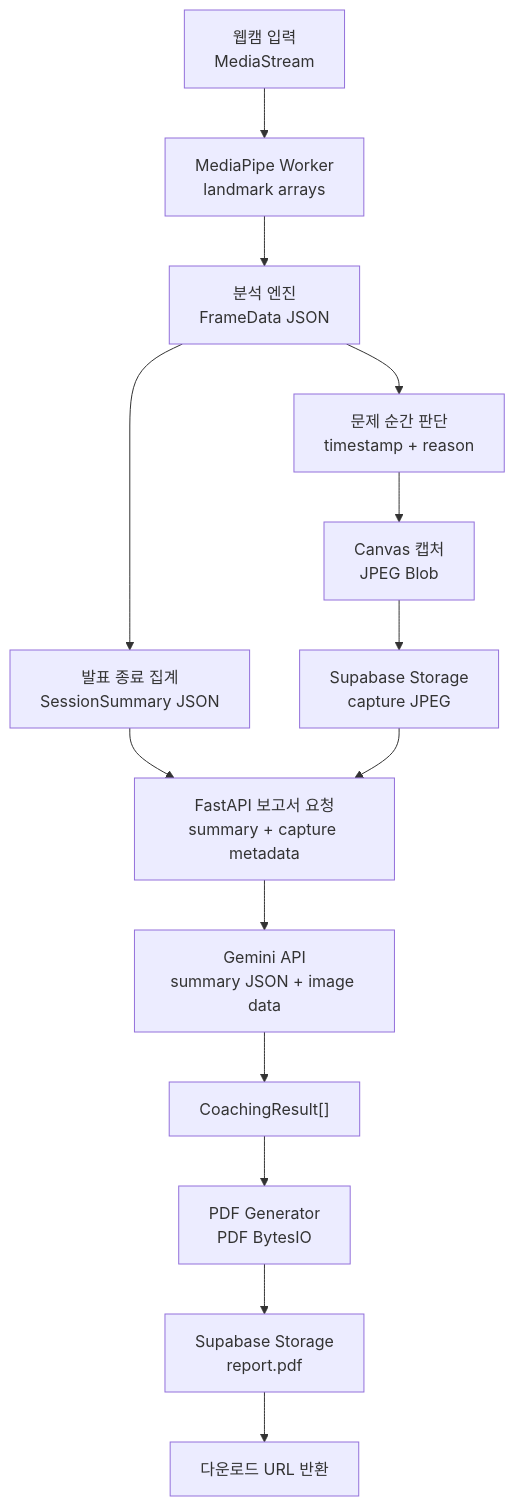
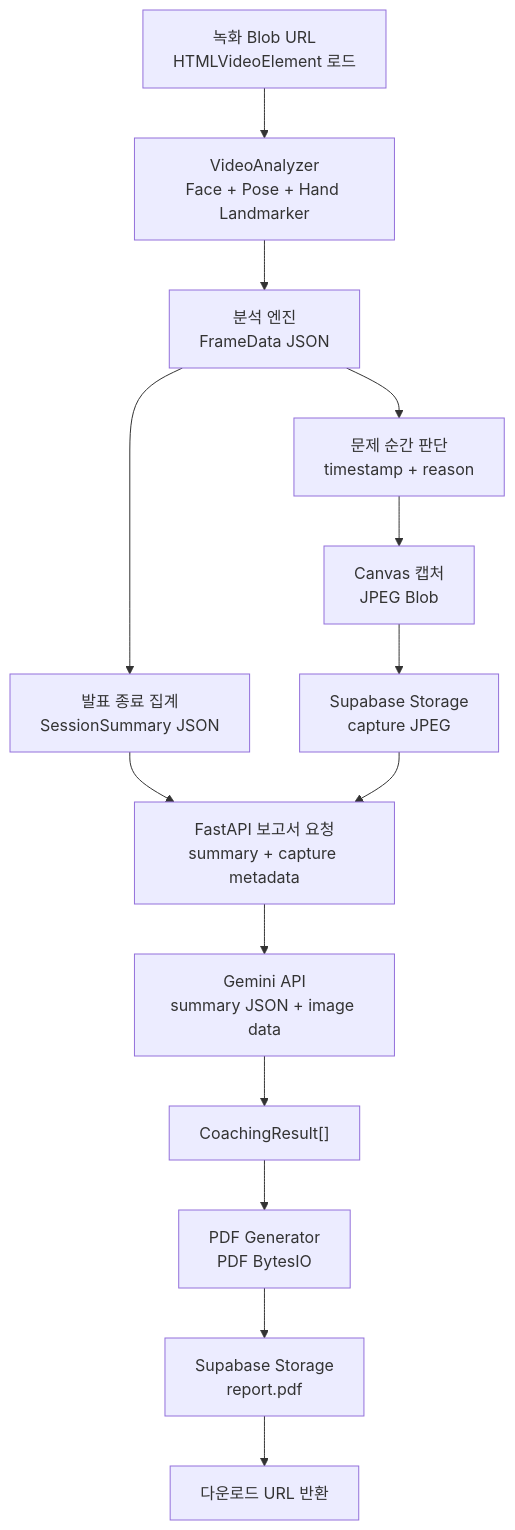
The third of 8 diagrams in DSD.md (aikian/presentation), drawn with Mermaid before and after one commit. The commit also changed other lines of this file, not shown here.

````diff
--- a/DSD.md
+++ b/DSD.md
@@ -214,16 +230,16 @@
 ```mermaid
 flowchart TD
-    A["웹캠 입력<br/>MediaStream"] --> B["MediaPipe Worker<br/>landmark arrays"]
+    A["녹화 Blob URL<br/>HTMLVideoElement 로드"] --> B["VideoAnalyzer<br/>Face + Pose + Hand Landmarker"]
     B --> C["분석 엔진<br/>FrameData JSON"]
     C --> D["문제 순간 판단<br/>timestamp + reason"]
     D --> E["Canvas 캡처<br/>JPEG Blob"]
     C --> F["발표 종료 집계<br/>SessionSummary JSON"]
     E --> G["Supabase Storage<br/>capture JPEG"]
     F --> H["FastAPI 보고서 요청<br/>summary + capture metadata"]
     G --> H
     H --> I["Gemini API<br/>summary JSON + image data"]
     I --> J["CoachingResult[]"]
     J --> K["PDF Generator<br/>PDF BytesIO"]
     K --> L["Supabase Storage<br/>report.pdf"]
     L --> M["다운로드 URL 반환"]
 ```
````
